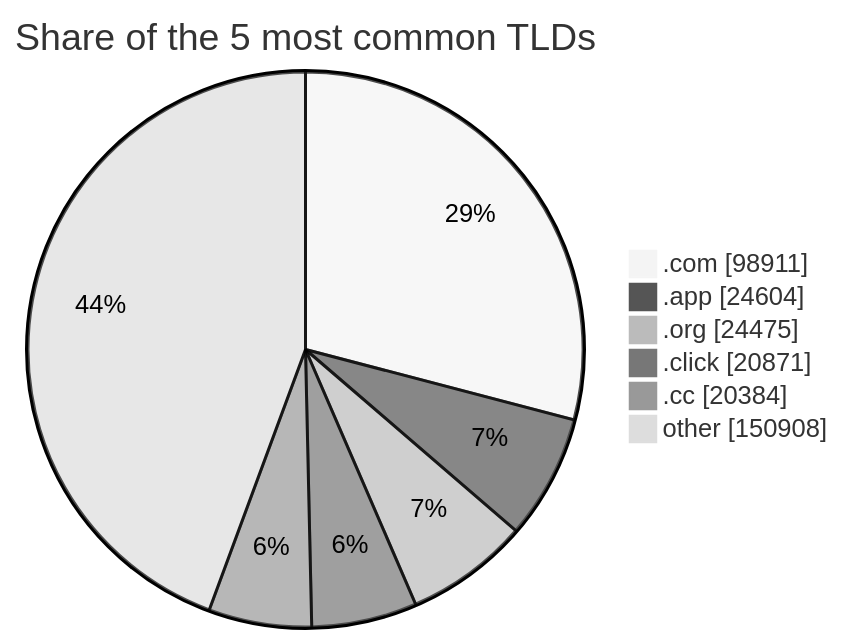
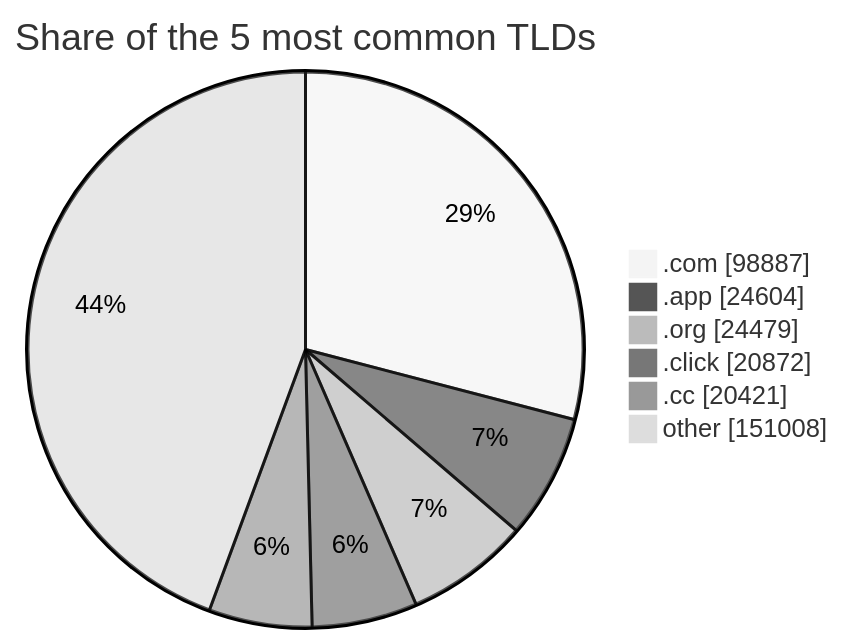
The third of 3 diagrams in README.md (DNSBunker/CTI), drawn with Mermaid (neutral theme) before and after one commit. The commit also changed other lines of this file and 4 other files, not shown here.

````diff
--- a/README.md
+++ b/README.md
@@ -81,9 +81,9 @@
 ```mermaid
 pie showData title Share of the 5 most common TLDs
-    ".com" : 98911
+    ".com" : 98887
     ".app" : 24604
-    ".org" : 24475
-    ".click" : 20871
-    ".cc" : 20384
-    "other" : 150908
+    ".org" : 24479
+    ".click" : 20872
+    ".cc" : 20421
+    "other" : 151008
 ```
````
